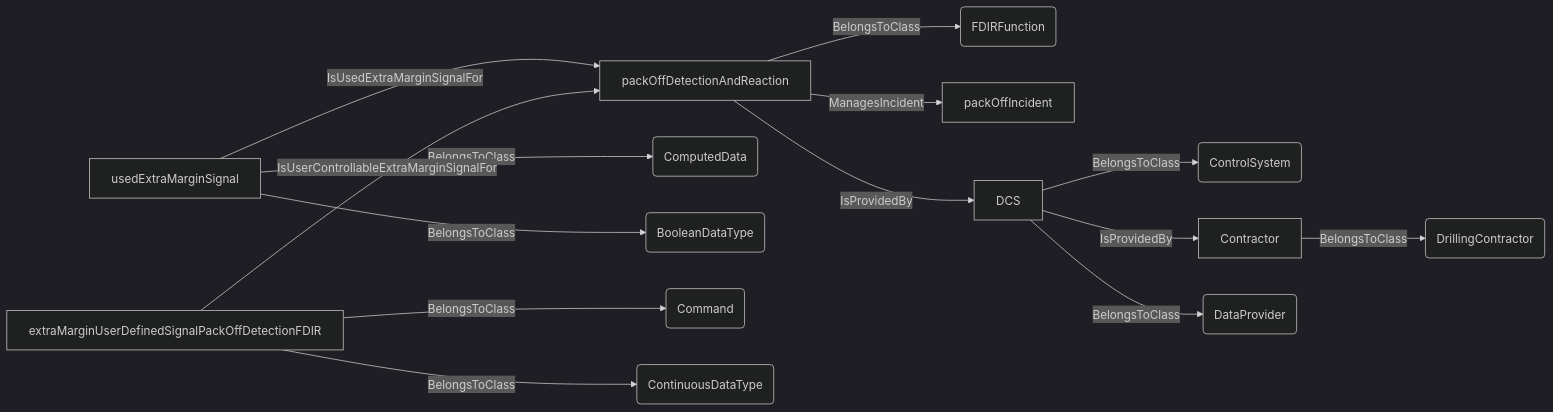
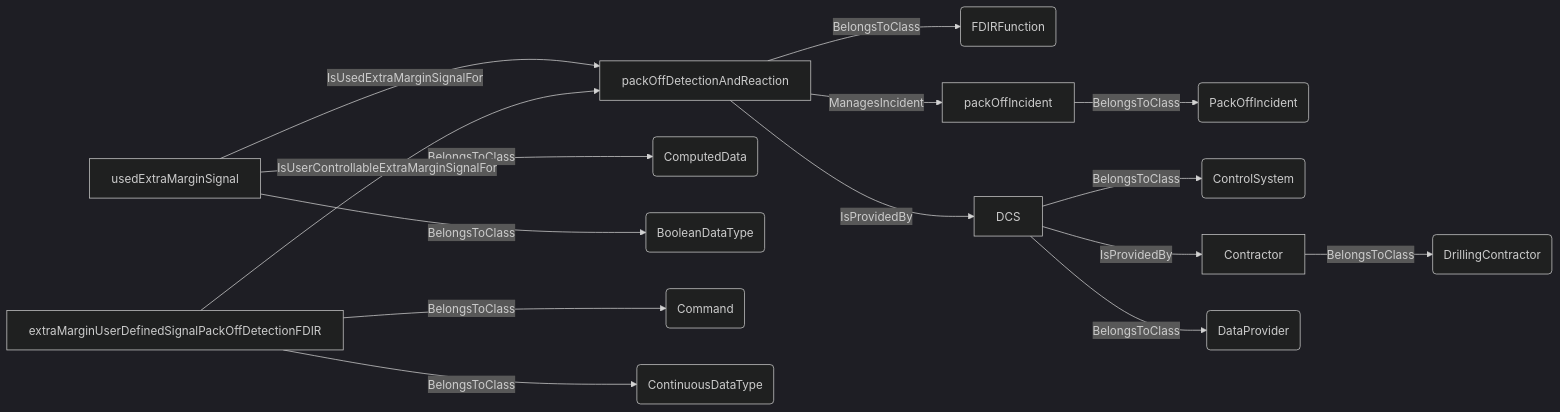
One commit to D-WIS/DDHub-Semantic-Interoperability changed diagram 16 of 20 in docs/vocabulary_development/auto-generated/md/definition-files/ADCS.md. Above: the diagram before and after it, drawn with Mermaid (dark theme). The commit also changed other lines of this file and 14 other files, not shown here.

````diff
--- a/docs/vocabulary_development/auto-generated/md/definition-files/ADCS.md
+++ b/docs/vocabulary_development/auto-generated/md/definition-files/ADCS.md
@@ -749,16 +770,17 @@
 ```mermaid
 graph LR
 	N0000[packOffDetectionAndReaction] -->|BelongsToClass| N0001(FDIRFunction) 
+	N0002[packOffIncident] -->|BelongsToClass| N0003(PackOffIncident) 
 	N0000[packOffDetectionAndReaction] -->|ManagesIncident| N0002[packOffIncident] 
-	N0003[DCS] -->|BelongsToClass| N0004(ControlSystem) 
-	N0005[Contractor] -->|BelongsToClass| N0006(DrillingContractor) 
-	N0003[DCS] -->|IsProvidedBy| N0005[Contractor] 
-	N0003[DCS] -->|BelongsToClass| N0007(DataProvider) 
-	N0000[packOffDetectionAndReaction] -->|IsProvidedBy| N0003[DCS] 
-	N0008[usedExtraMarginSignal] -->|BelongsToClass| N0009(ComputedData) 
-	N0008[usedExtraMarginSignal] -->|BelongsToClass| N0010(BooleanDataType) 
-	N0008[usedExtraMarginSignal] -->|IsUsedExtraMarginSignalFor| N0000[packOffDetectionAndReaction] 
-	N0011[extraMarginUserDefinedSignalPackOffDetectionFDIR] -->|BelongsToClass| N0012(Command) 
-	N0011[extraMarginUserDefinedSignalPackOffDetectionFDIR] -->|BelongsToClass| N0013(ContinuousDataType) 
-	N0011[extraMarginUserDefinedSignalPackOffDetectionFDIR] -->|IsUserControllableExtraMarginSignalFor| N0000[packOffDetectionAndReaction] 
+	N0004[DCS] -->|BelongsToClass| N0005(ControlSystem) 
+	N0006[Contractor] -->|BelongsToClass| N0007(DrillingContractor) 
+	N0004[DCS] -->|IsProvidedBy| N0006[Contractor] 
+	N0004[DCS] -->|BelongsToClass| N0008(DataProvider) 
+	N0000[packOffDetectionAndReaction] -->|IsProvidedBy| N0004[DCS] 
+	N0009[usedExtraMarginSignal] -->|BelongsToClass| N0010(ComputedData) 
+	N0009[usedExtraMarginSignal] -->|BelongsToClass| N0011(BooleanDataType) 
+	N0009[usedExtraMarginSignal] -->|IsUsedExtraMarginSignalFor| N0000[packOffDetectionAndReaction] 
+	N0012[extraMarginUserDefinedSignalPackOffDetectionFDIR] -->|BelongsToClass| N0013(Command) 
+	N0012[extraMarginUserDefinedSignalPackOffDetectionFDIR] -->|BelongsToClass| N0014(ContinuousDataType) 
+	N0012[extraMarginUserDefinedSignalPackOffDetectionFDIR] -->|IsUserControllableExtraMarginSignalFor| N0000[packOffDetectionAndReaction] 
 ```
````
